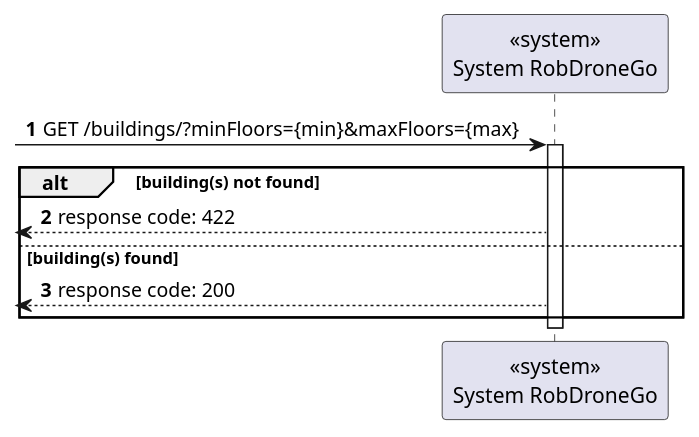
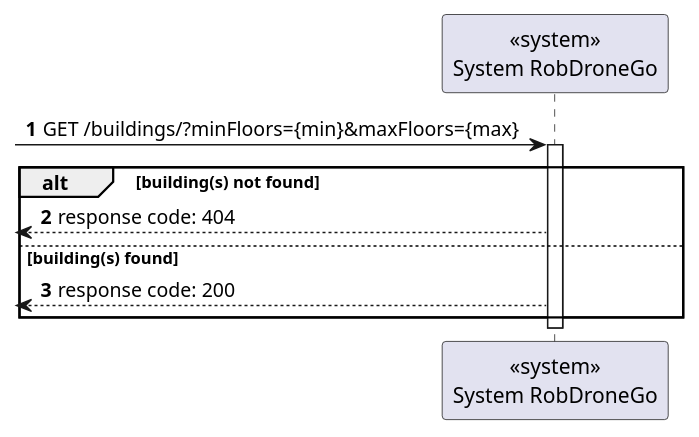
The diagram in docs/us180/level1/process-view.puml (Departamento-de-Engenharia-Informatica/lapr5-23-24-g19), drawn with PlantUML before and after one commit.

Commit message:
docs(us180): changed error code in level1 process view

```diff
--- a/docs/us180/level1/process-view.puml
+++ b/docs/us180/level1/process-view.puml
@@ -1,17 +1,17 @@
 @startuml
 autonumber
 
 participant "<<system>>\nSystem RobDroneGo" as sys
 
  [-> sys: GET /buildings/?minFloors={min}&maxFloors={max}
 
 activate sys
     alt building(s) not found
-        [<--sys : response code: 422
+        [<--sys : response code: 404
     else building(s) found
         [<--sys : response code: 200
     end
 deactivate sys
 
 
 @enduml
```
